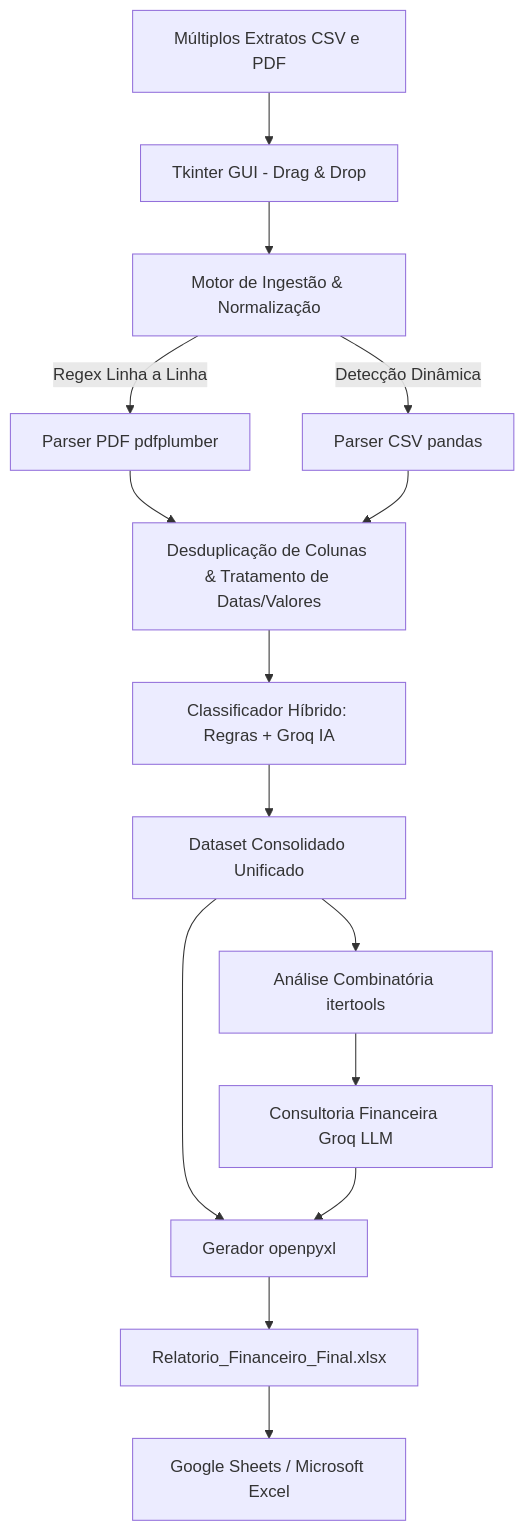
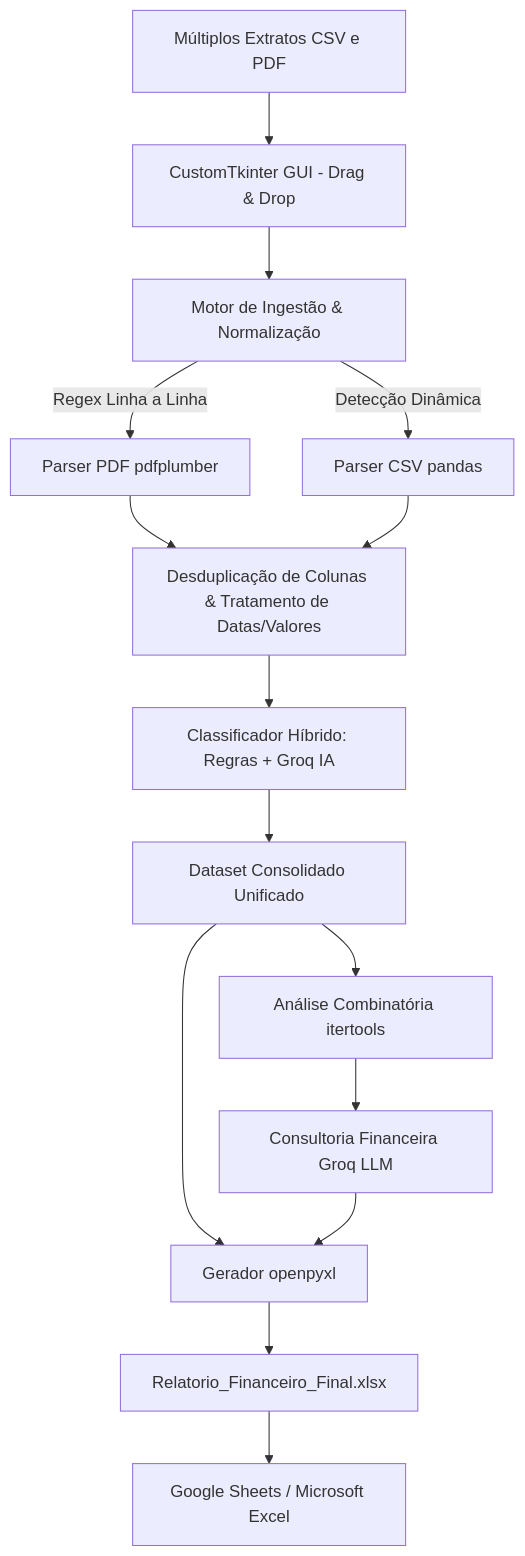
Before and after one commit to mmelquii-dev/FinPy: the diagram in README.md, drawn with Mermaid. The commit also changed other lines of this file and 2 other files, not shown here.

Commit message:
feat: interface moderna com CustomTkinter, dark mode e tabview

````diff
--- a/README.md
+++ b/README.md
@@ -52,17 +56,17 @@
 ```mermaid
 flowchart TD
-    A[Múltiplos Extratos CSV e PDF] --> B[Tkinter GUI - Drag & Drop]
+    A[Múltiplos Extratos CSV e PDF] --> B[CustomTkinter GUI - Drag & Drop]
     B --> C[Motor de Ingestão & Normalização]
     C -->|Regex Linha a Linha| D1[Parser PDF pdfplumber]
     C -->|Detecção Dinâmica| D2[Parser CSV pandas]
     D1 --> E[Desduplicação de Colunas & Tratamento de Datas/Valores]
     D2 --> E
     E --> F[Classificador Híbrido: Regras + Groq IA]
     F --> G[Dataset Consolidado Unificado]
     G --> H[Análise Combinatória itertools]
     H --> I[Consultoria Financeira Groq LLM]
     G --> J[Gerador openpyxl]
     I --> J
     J --> K[Relatorio_Financeiro_Final.xlsx]
     K --> L[Google Sheets / Microsoft Excel]
 ```
````
